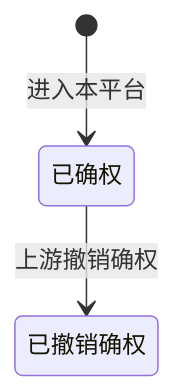
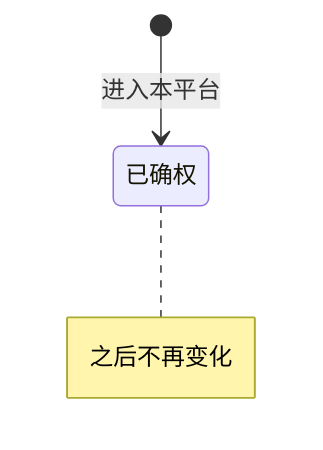
The third of 6 diagrams in token-issuance-platform/PRD/两端共用/M2-可信资产/02-可信资产-流程图与状态机.md (wxblockchain/Chain-Financing), drawn with Mermaid before and after one commit. The commit also changed other lines of this file and 35 other files, not shown here.

````diff
--- a/token-issuance-platform/PRD/两端共用/M2-可信资产/02-可信资产-流程图与状态机.md
+++ b/token-issuance-platform/PRD/两端共用/M2-可信资产/02-可信资产-流程图与状态机.md
@@ -62,7 +60,6 @@
 ```mermaid
 stateDiagram-v2
     state "已确权" as C1
-    state "已撤销确权" as C2
     [*] --> C1: 进入本平台
-    C1 --> C2: 上游撤销确权
+    note right of C1: 之后不再变化
 ```
````
